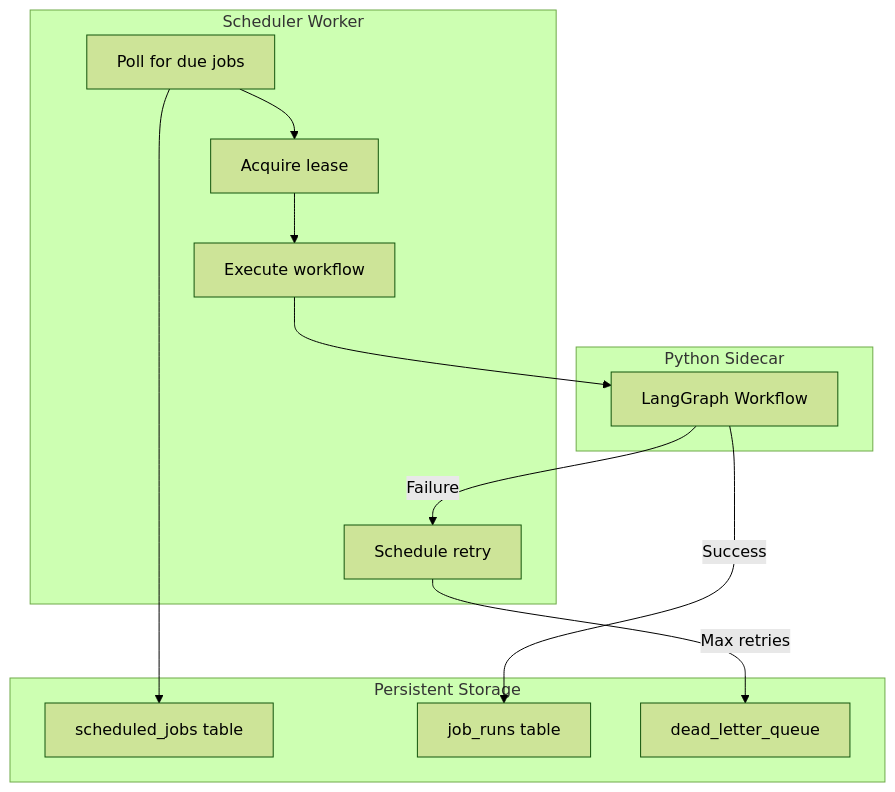
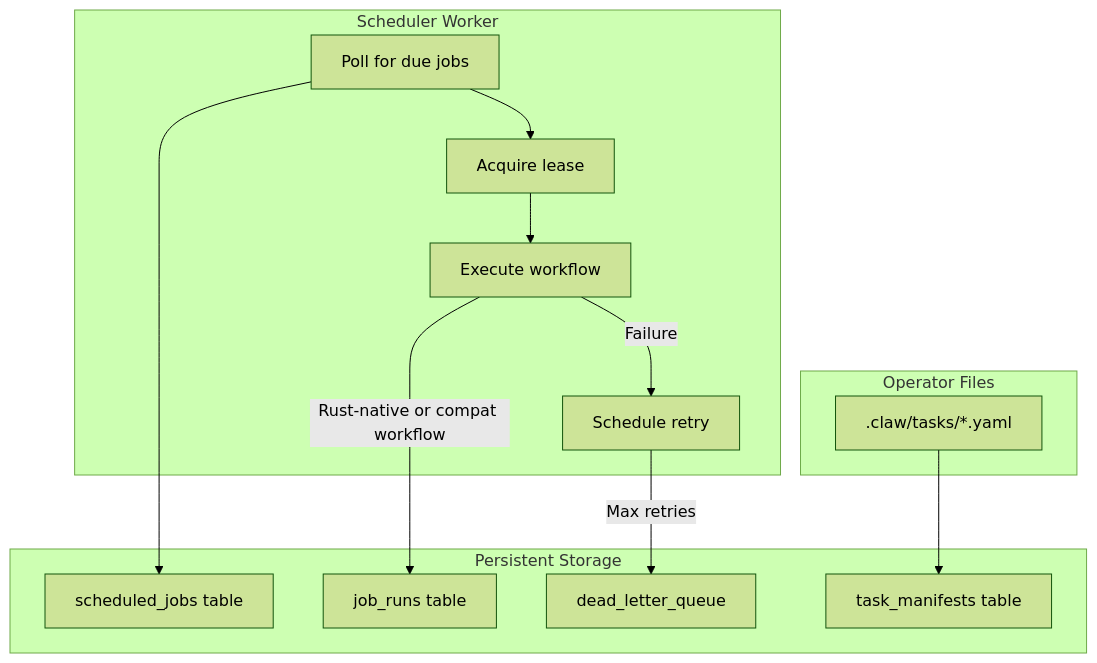
One commit to aihxp/OpenRustClaw changed the diagram in docs/src/guides/scheduling.md. Above: the diagram before and after it, drawn with Mermaid (forest theme). The commit also changed other lines of this file and 14 other files, not shown here.

````diff
--- a/docs/src/guides/scheduling.md
+++ b/docs/src/guides/scheduling.md
@@ -23,27 +23,28 @@
 ```mermaid
 flowchart TB
     subgraph Storage["Persistent Storage"]
         JOBS["scheduled_jobs table"]
         RUNS["job_runs table"]
         DLQ["dead_letter_queue"]
+        MANIFESTS["task_manifests table"]
     end
     
     subgraph Worker["Scheduler Worker"]
         POLL["Poll for due jobs"]
         LEASE["Acquire lease"]
         EXEC["Execute workflow"]
         RETRY["Schedule retry"]
     end
-    
-    subgraph Sidecar["Python Sidecar"]
-        WF["LangGraph Workflow"]
+
+    subgraph Files["Operator Files"]
+        TASKS[".claw/tasks/*.yaml"]
     end
     
+    TASKS --> MANIFESTS
     POLL --> JOBS
     POLL --> LEASE
     LEASE --> EXEC
-    EXEC --> WF
-    WF --> |Success| RUNS
-    WF --> |Failure| RETRY
+    EXEC --> |Rust-native or compat workflow| RUNS
+    EXEC --> |Failure| RETRY
     RETRY --> |Max retries| DLQ
 ```
````
